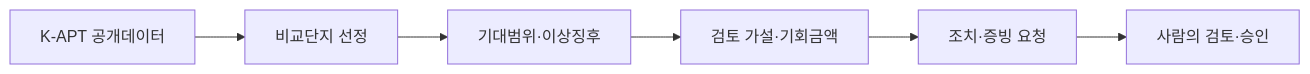
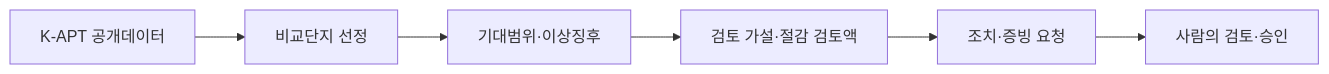
Before and after one commit to hahnjune0118/kapt-ax-control-tower: the first of 2 diagrams in README.md, drawn with Mermaid. The commit also changed other lines of this file and 113 other files, not shown here.

````diff
--- a/README.md
+++ b/README.md
@@ -31,8 +33,8 @@
 ```mermaid
 flowchart LR
     A["K-APT 공개데이터"] --> B["비교단지 선정"]
     B --> C["기대범위·이상징후"]
-    C --> D["검토 가설·기회금액"]
+    C --> D["검토 가설·절감 검토액"]
     D --> E["조치·증빙 요청"]
     E --> F["사람의 검토·승인"]
 ```
````
